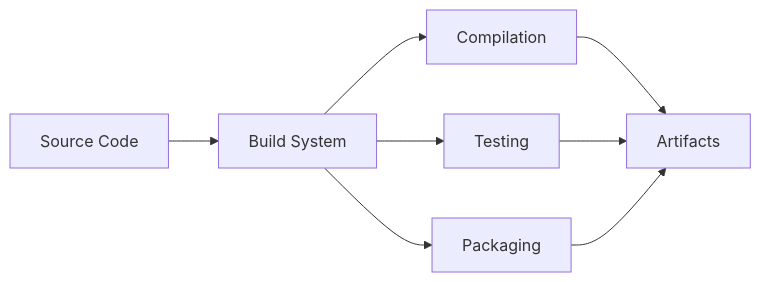
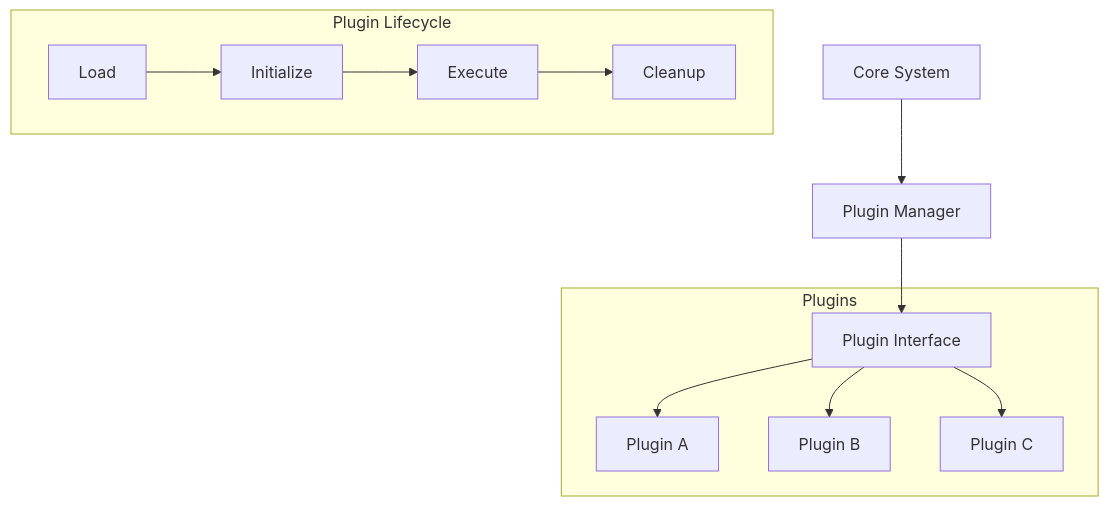
One commit to xincheng213618/OpenDeepWiki changed the fourth of 7 diagrams in src/KoalaWiki/Prompts/Warehouse/GenerateDocsDevelopmentTools.md. Above: the diagram before and after it, drawn with Mermaid. The commit also changed other lines of this file and 31 other files, not shown here.

````diff
--- a/src/KoalaWiki/Prompts/Warehouse/GenerateDocsDevelopmentTools.md
+++ b/src/KoalaWiki/Prompts/Warehouse/GenerateDocsDevelopmentTools.md
@@ -139,10 +139,17 @@
 ```mermaid
-graph LR
-    A[Source Code] --> B[Build System]
-    B --> C[Compilation]
-    B --> D[Testing]
-    B --> E[Packaging]
-    C --> F[Artifacts]
-    D --> F
-    E --> F
+graph TD
+    CORE[Core System] --> PM[Plugin Manager]
+    PM --> PI[Plugin Interface]
+    
+    subgraph "Plugins"
+        PI --> P1[Plugin A]
+        PI --> P2[Plugin B]
+        PI --> P3[Plugin C]
+    end
+    
+    subgraph "Plugin Lifecycle"
+        LOAD[Load] --> INIT[Initialize]
+        INIT --> EXEC[Execute]
+        EXEC --> CLEAN[Cleanup]
+    end
 ```
````
